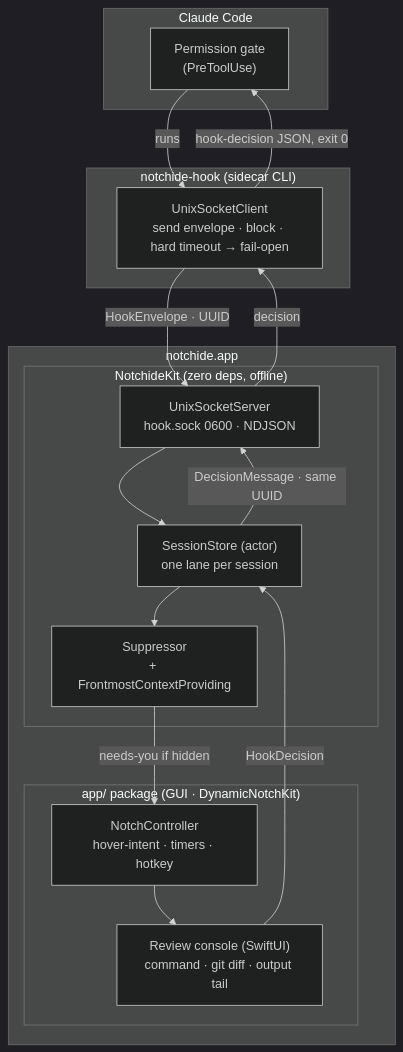
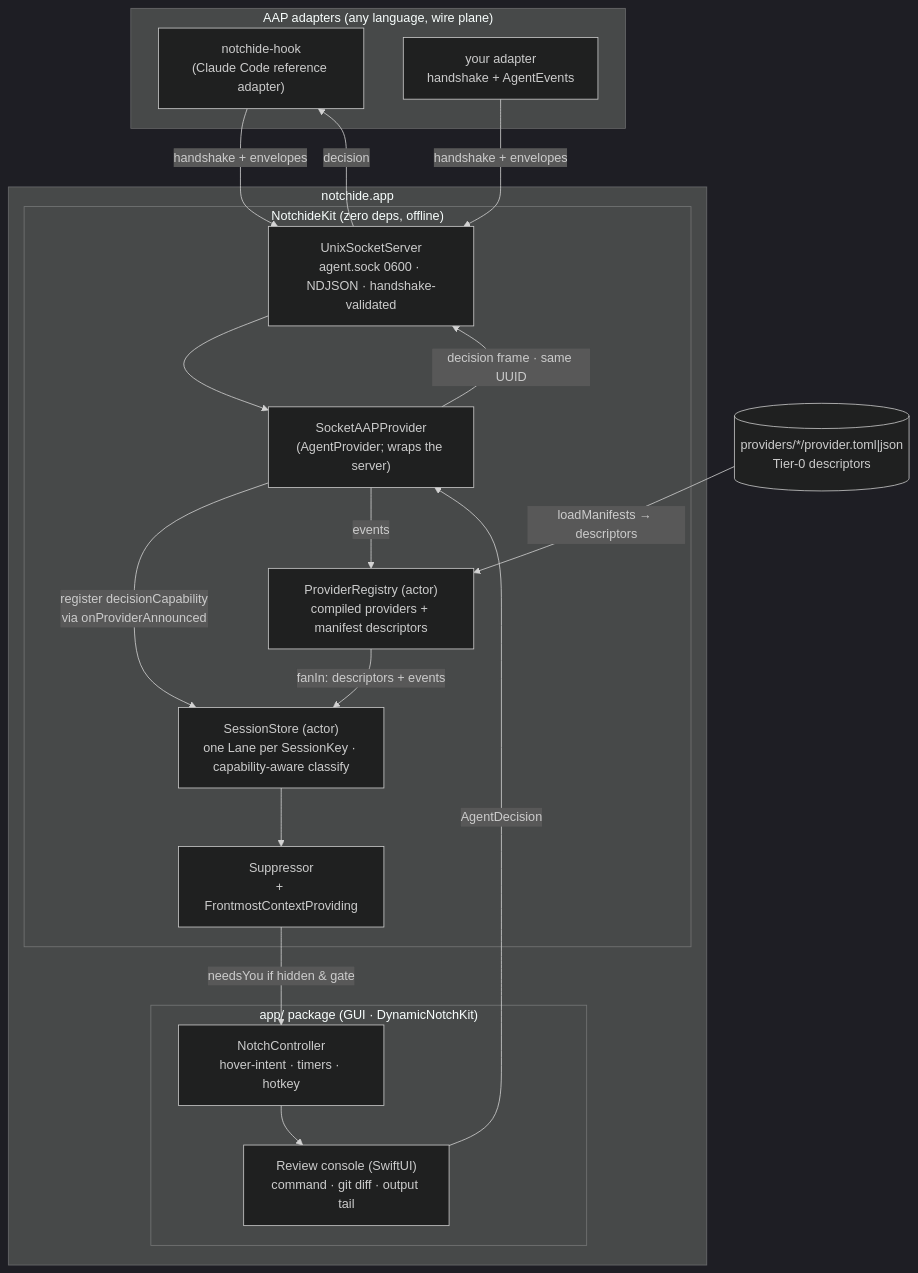
The diagram in docs/ARCHITECTURE.md (Blonky/notchide), drawn with Mermaid (dark theme) before and after one commit. The commit also changed other lines of this file and 10 other files, not shown here.

````diff
--- a/docs/ARCHITECTURE.md
+++ b/docs/ARCHITECTURE.md
@@ -185,33 +225,37 @@
 ```mermaid
 flowchart TB
-    subgraph CC["Claude Code"]
-        gate["Permission gate<br/>(PreToolUse)"]
-    end
-
-    subgraph hook["notchide-hook (sidecar CLI)"]
-        client["UnixSocketClient<br/>send envelope · block · hard timeout → fail-open"]
+    subgraph adapters["AAP adapters (any language, wire plane)"]
+        hook["notchide-hook<br/>(Claude Code reference adapter)"]
+        other["your adapter<br/>handshake + AgentEvents"]
     end
 
     subgraph app["notchide.app"]
         subgraph core["NotchideKit (zero deps, offline)"]
-            server["UnixSocketServer<br/>hook.sock 0600 · NDJSON"]
-            store["SessionStore (actor)<br/>one lane per session"]
+            server["UnixSocketServer<br/>agent.sock 0600 · NDJSON · handshake-validated"]
+            socketprov["SocketAAPProvider<br/>(AgentProvider; wraps the server)"]
+            registry["ProviderRegistry (actor)<br/>compiled providers + manifest descriptors"]
+            store["SessionStore (actor)<br/>one Lane per SessionKey · capability-aware classify"]
             supp["Suppressor<br/>+ FrontmostContextProviding"]
         end
         subgraph gui["app/ package (GUI · DynamicNotchKit)"]
             ctrl["NotchController<br/>hover-intent · timers · hotkey"]
             console["Review console (SwiftUI)<br/>command · git diff · output tail"]
         end
     end
 
-    gate -->|runs| client
-    client -->|HookEnvelope · UUID| server
-    server --> store
+    manifests[("providers/*/provider.toml|json<br/>Tier-0 descriptors")]
+
+    hook -->|handshake + envelopes| server
+    other -->|handshake + envelopes| server
+    server --> socketprov
+    socketprov -->|register decisionCapability<br/>via onProviderAnnounced| store
+    socketprov -->|events| registry
+    manifests -->|loadManifests → descriptors| registry
+    registry -->|fanIn: descriptors + events| store
     store --> supp
-    supp -->|needs-you if hidden| ctrl
+    supp -->|needsYou if hidden & gate| ctrl
     ctrl --> console
-    console -->|HookDecision| store
-    store -->|DecisionMessage · same UUID| server
-    server -->|decision| client
-    client -->|hook-decision JSON, exit 0| gate
+    console -->|AgentDecision| socketprov
+    socketprov -->|decision frame · same UUID| server
+    server -->|decision| hook
 ```
````
